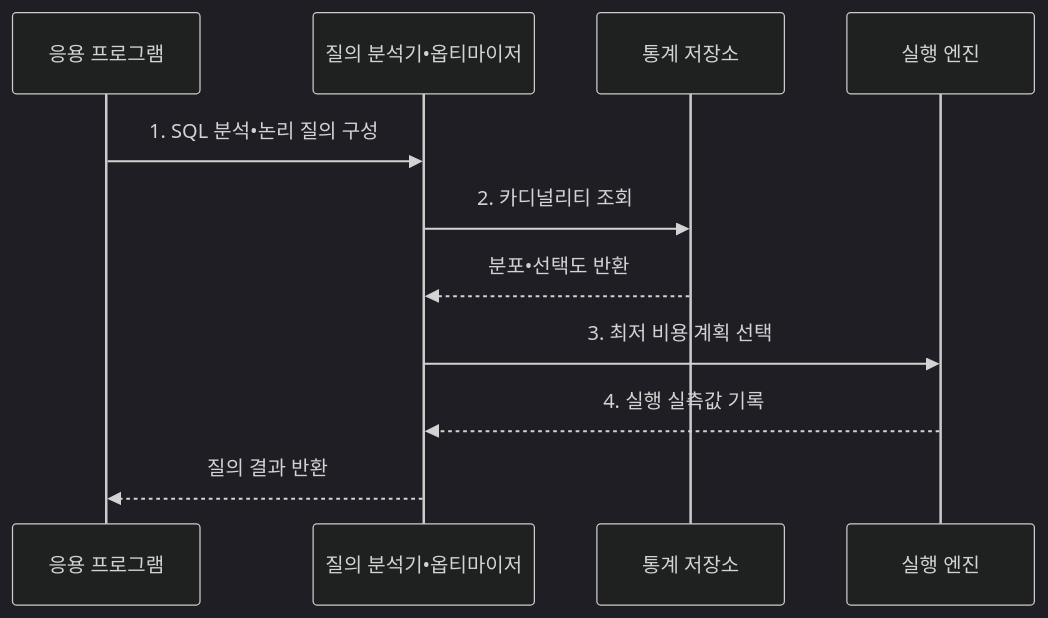
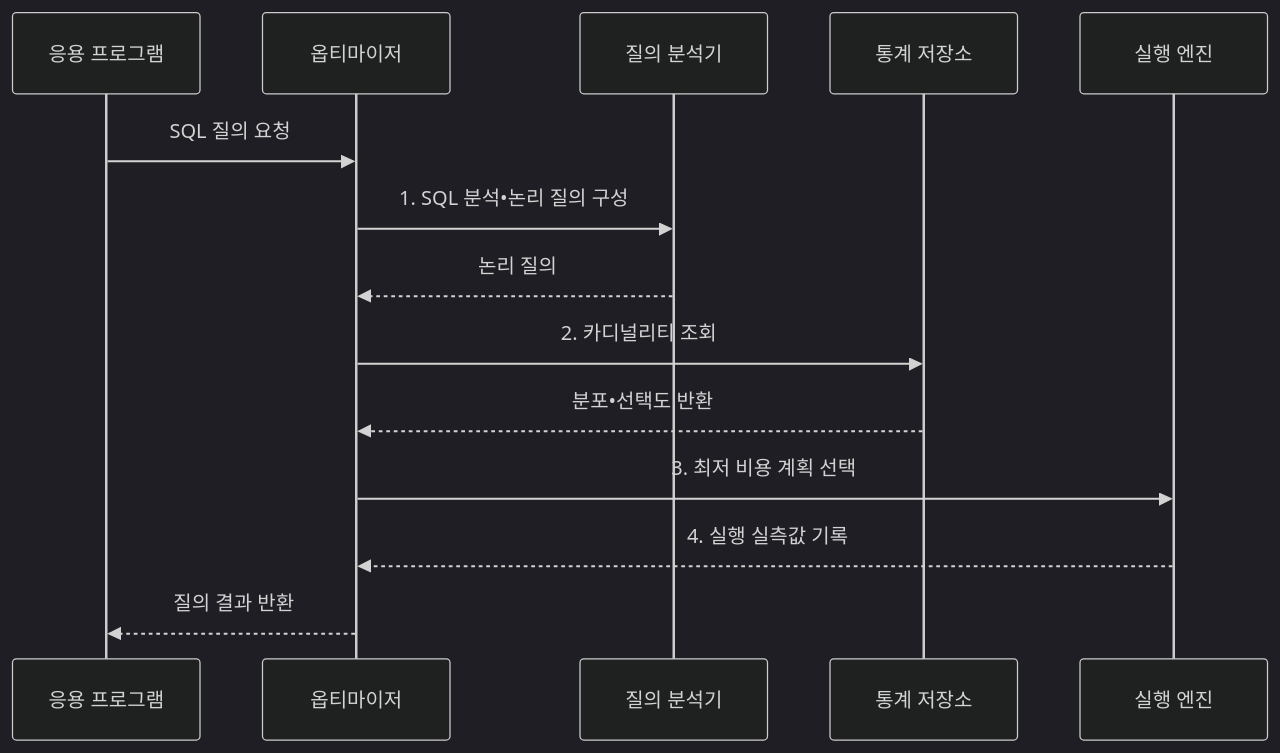
The second of 2 diagrams in src/content/docs/notes/03-software/095_query_execution_plan_optimization.md (agnusdei1207/knowledge-base), drawn with Mermaid (dark theme) before and after one commit. The commit also changed other lines of this file and 15 other files, not shown here.

````diff
--- a/src/content/docs/notes/03-software/095_query_execution_plan_optimization.md
+++ b/src/content/docs/notes/03-software/095_query_execution_plan_optimization.md
@@ -109,13 +109,16 @@
 ```mermaid
 sequenceDiagram
     participant A as 응용 프로그램
-    participant O as 질의 분석기•옵티마이저
+    participant O as 옵티마이저
+    participant Q as 질의 분석기
     participant S as 통계 저장소
     participant E as 실행 엔진
-    A->>O: 1. SQL 분석•논리 질의 구성
+    A->>O: SQL 질의 요청
+    O->>Q: 1. SQL 분석•논리 질의 구성
+    Q-->>O: 논리 질의
     O->>S: 2. 카디널리티 조회
     S-->>O: 분포•선택도 반환
     O->>E: 3. 최저 비용 계획 선택
     E-->>O: 4. 실행 실측값 기록
     O-->>A: 질의 결과 반환
 ```
````
